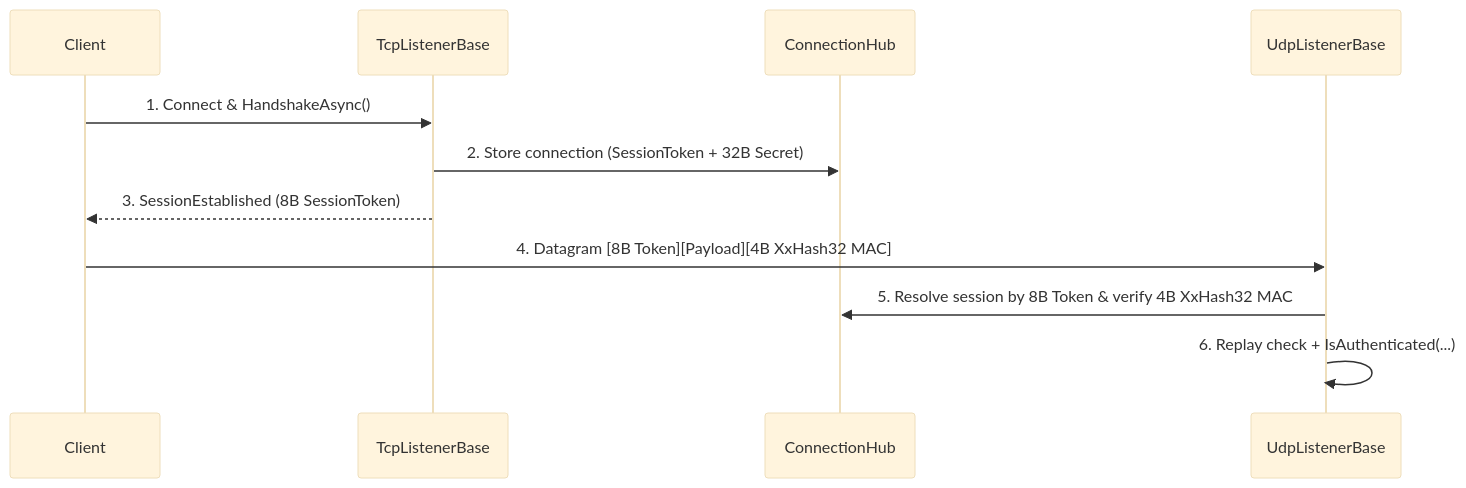
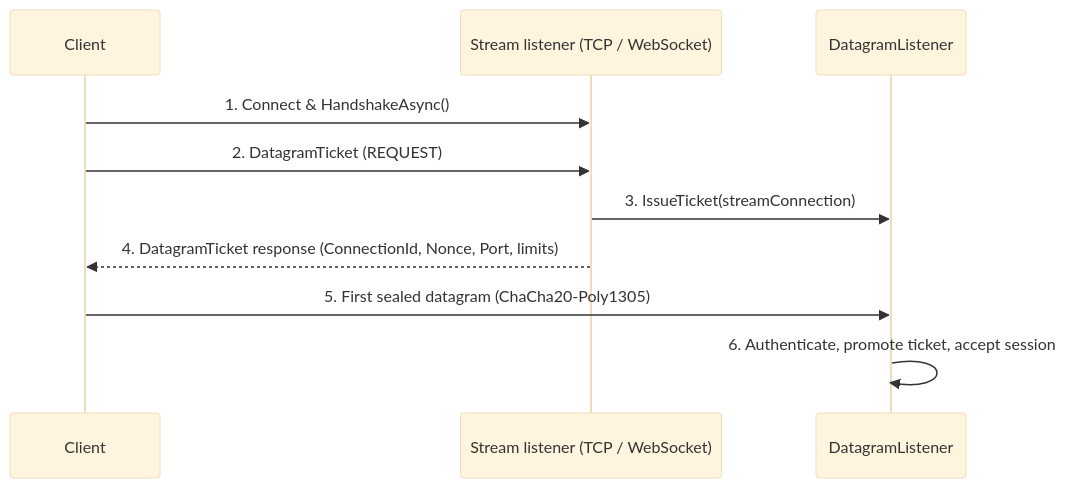
One commit to ppn-systems/nalix-docs changed the diagram in src/content/docs/en-us/guides/networking/udp-security.md. Above: the diagram before and after it, drawn with Mermaid (base theme). The commit also changed other lines of this file and 101 other files, not shown here.

````diff
--- a/src/content/docs/en-us/guides/networking/udp-security.md
+++ b/src/content/docs/en-us/guides/networking/udp-security.md
@@ -34,14 +44,13 @@
 ```mermaid
 sequenceDiagram
     participant Client
-    participant TCP as TcpListenerBase
-    participant Hub as ConnectionHub
-    participant UDP as UdpListenerBase
+    participant TCP as Stream listener (TCP / WebSocket)
+    participant UDP as DatagramListener
 
     Client->>TCP: 1. Connect & HandshakeAsync()
-    TCP->>Hub: 2. Store connection (SessionToken + 32B Secret)
-    TCP-->>Client: 3. SessionEstablished (8B SessionToken)
-    Client->>UDP: 4. Datagram [8B Token][Payload][4B XxHash32 MAC]
-    UDP->>Hub: 5. Resolve session by 8B Token & verify 4B XxHash32 MAC
-    UDP->>UDP: 6. Replay check + IsAuthenticated(...)
+    Client->>TCP: 2. DatagramTicket (REQUEST)
+    TCP->>UDP: 3. IssueTicket(streamConnection)
+    TCP-->>Client: 4. DatagramTicket response (ConnectionId, Nonce, Port, limits)
+    Client->>UDP: 5. First sealed datagram (ChaCha20-Poly1305)
+    UDP->>UDP: 6. Authenticate, promote ticket, accept session
 ```
````
